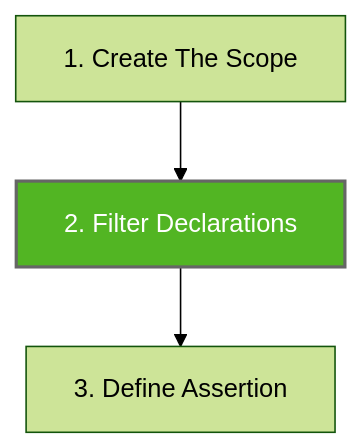
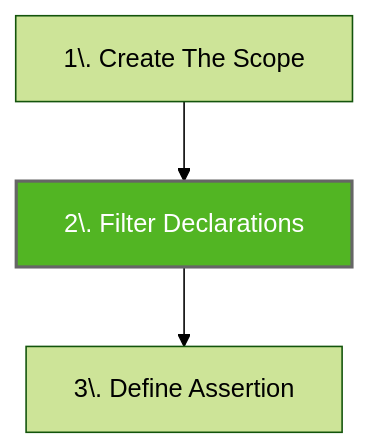
One commit to LemonAppDev/konsist-documentation changed the diagram in writing-tests/declaration-query-and-filter.md. Above: the diagram before and after it, drawn with Mermaid. The commit also changed 8 other files, not shown here.

Commit message:
upd mermeid diagrams

````diff
--- a/writing-tests/declaration-query-and-filter.md
+++ b/writing-tests/declaration-query-and-filter.md
@@ -11,8 +11,8 @@
 ```mermaid
 %%{init: {'theme':'forest'}}%%
 flowchart TB
-Step1["1. Create The Scope"]-->Step2
-Step2["2. Filter Declarations"]-->Step3
-Step3["3. Define Assertion"]
+Step1["1\. Create The Scope"]-->Step2
+Step2["2\. Filter Declarations"]-->Step3
+Step3["3\. Define Assertion"]
     style Step2 fill:#52B523,stroke:#666,stroke-width:2px,color:#fff
 ```
````
